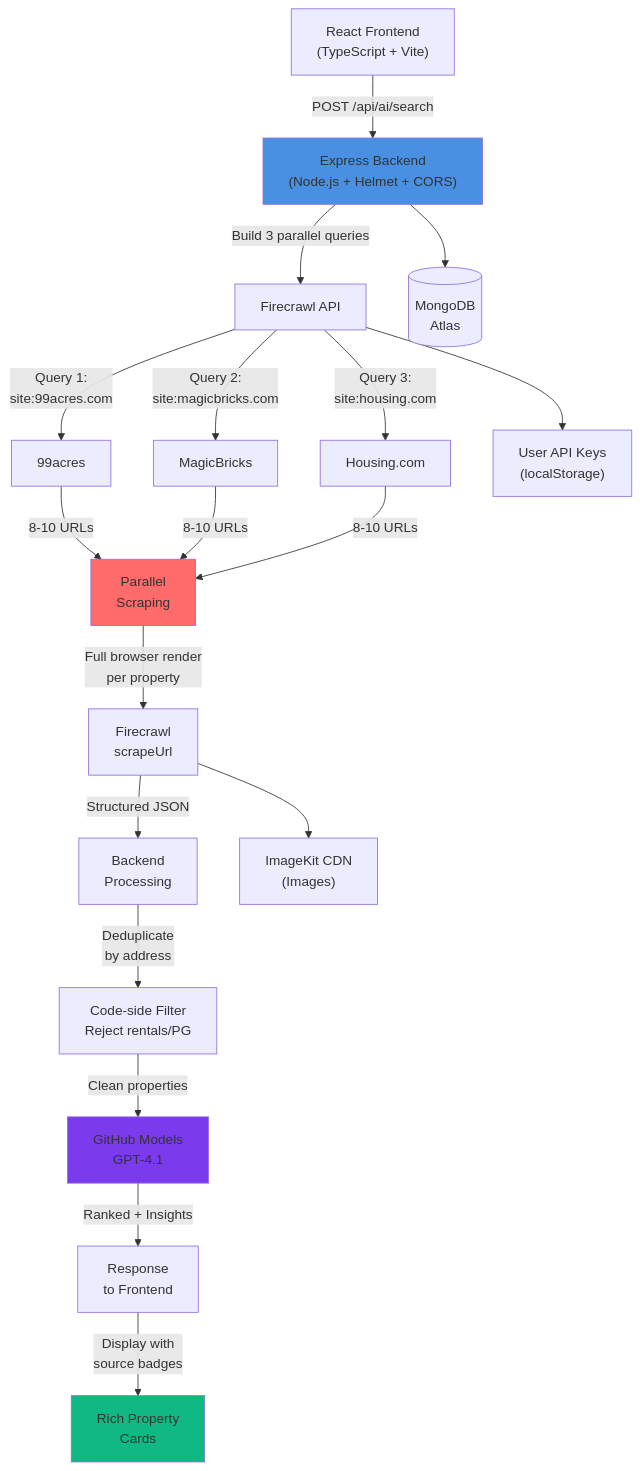
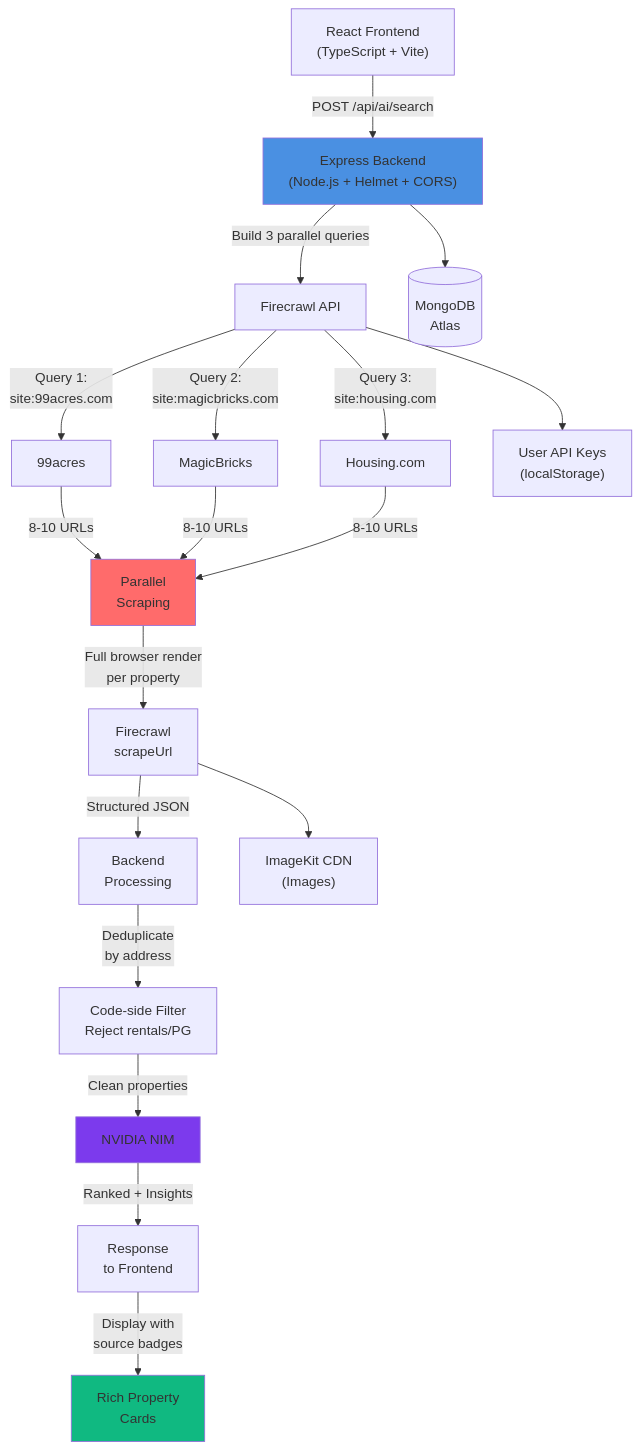
One commit to AAYUSH412/Real-Estate-Website changed the second of 3 diagrams in README.md. Above: the diagram before and after it, drawn with Mermaid. The commit also changed other lines of this file and 30 other files, not shown here.

````diff
--- a/README.md
+++ b/README.md
@@ -346,33 +345,33 @@
 ```mermaid
 graph TD
     A["React Frontend<br/>(TypeScript + Vite)"] -->|POST /api/ai/search| B["Express Backend<br/>(Node.js + Helmet + CORS)"]
     
     B -->|Build 3 parallel queries| C["Firecrawl API"]
     
     C -->|Query 1:<br/>site:99acres.com| D1["99acres"]  
     C -->|Query 2:<br/>site:magicbricks.com| D2["MagicBricks"]
     C -->|Query 3:<br/>site:housing.com| D3["Housing.com"]
     
     D1 -->|8-10 URLs| E["Parallel<br/>Scraping"]
     D2 -->|8-10 URLs| E
     D3 -->|8-10 URLs| E
     
     E -->|Full browser render<br/>per property| F["Firecrawl<br/>scrapeUrl"] 
     F -->|Structured JSON| G["Backend<br/>Processing"]
     
     G -->|Deduplicate<br/>by address| H["Code-side Filter<br/>Reject rentals/PG"]
-    H -->|Clean properties| I["GitHub Models<br/>GPT-4.1"]
+    H -->|Clean properties| I["NVIDIA NIM"]
     
     I -->|Ranked + Insights| J["Response<br/>to Frontend"]
     
     J -->|Display with<br/>source badges| K["Rich Property<br/>Cards"]
     
     B --> L[("MongoDB<br/>Atlas")]
     C --> M["User API Keys<br/>(localStorage)"]
     F --> N["ImageKit CDN<br/>(Images)"]
     
     style B fill:#4A90E2
     style E fill:#FF6B6B
     style I fill:#7C3AED
     style K fill:#10B981
 ```
````
